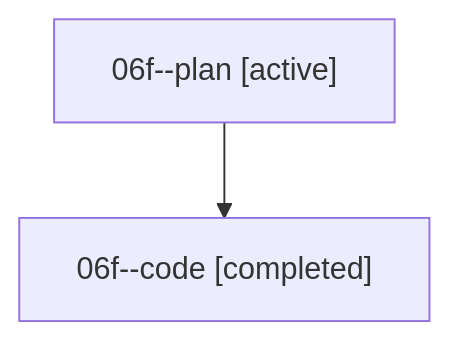
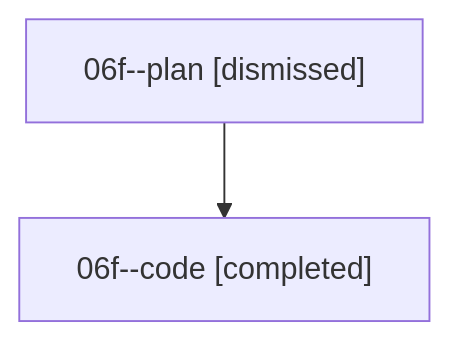
One commit to sase-org/sase--agents changed the diagram in sessions/bbugyi200.athena.06f.md. Above: the diagram before and after it, drawn with Mermaid. The commit also changed other lines of this file and 38 other files, not shown here.

````diff
--- a/sessions/bbugyi200.athena.06f.md
+++ b/sessions/bbugyi200.athena.06f.md
@@ -9,6 +9,6 @@
 ```mermaid
 flowchart TD
-  n0["06f--plan [active]"]
+  n0["06f--plan [dismissed]"]
   n1["06f--code [completed]"]
   n0 --> n1
 ```
````
